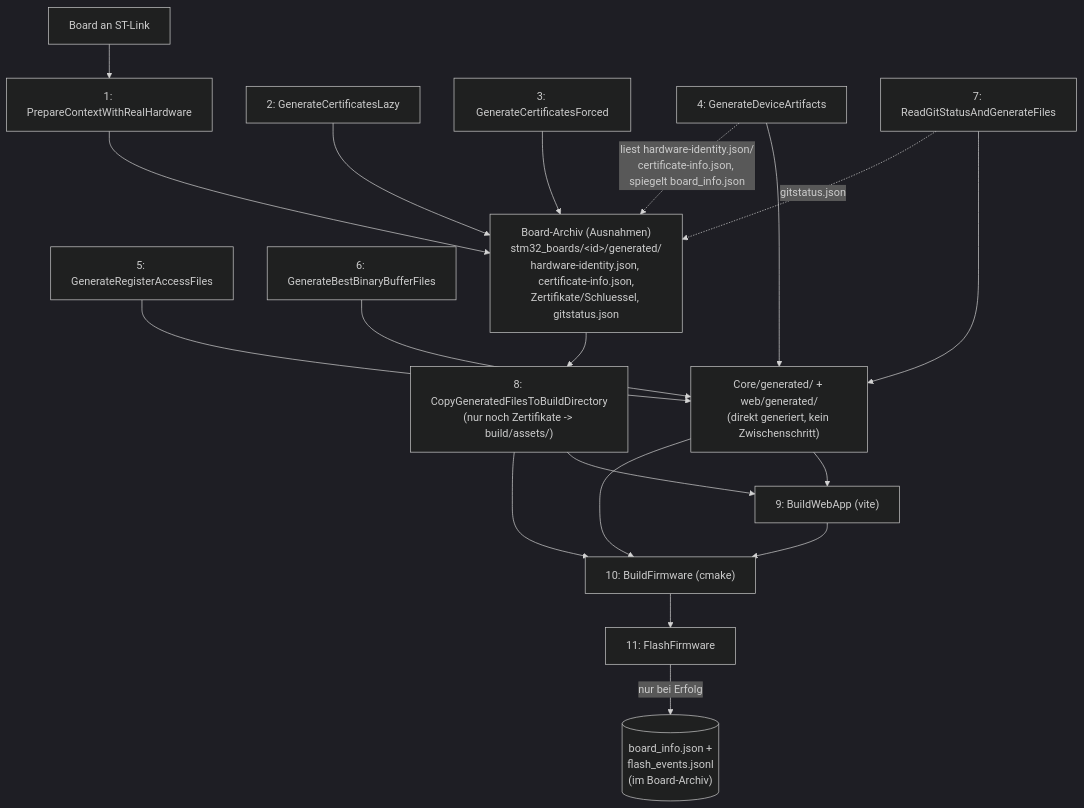
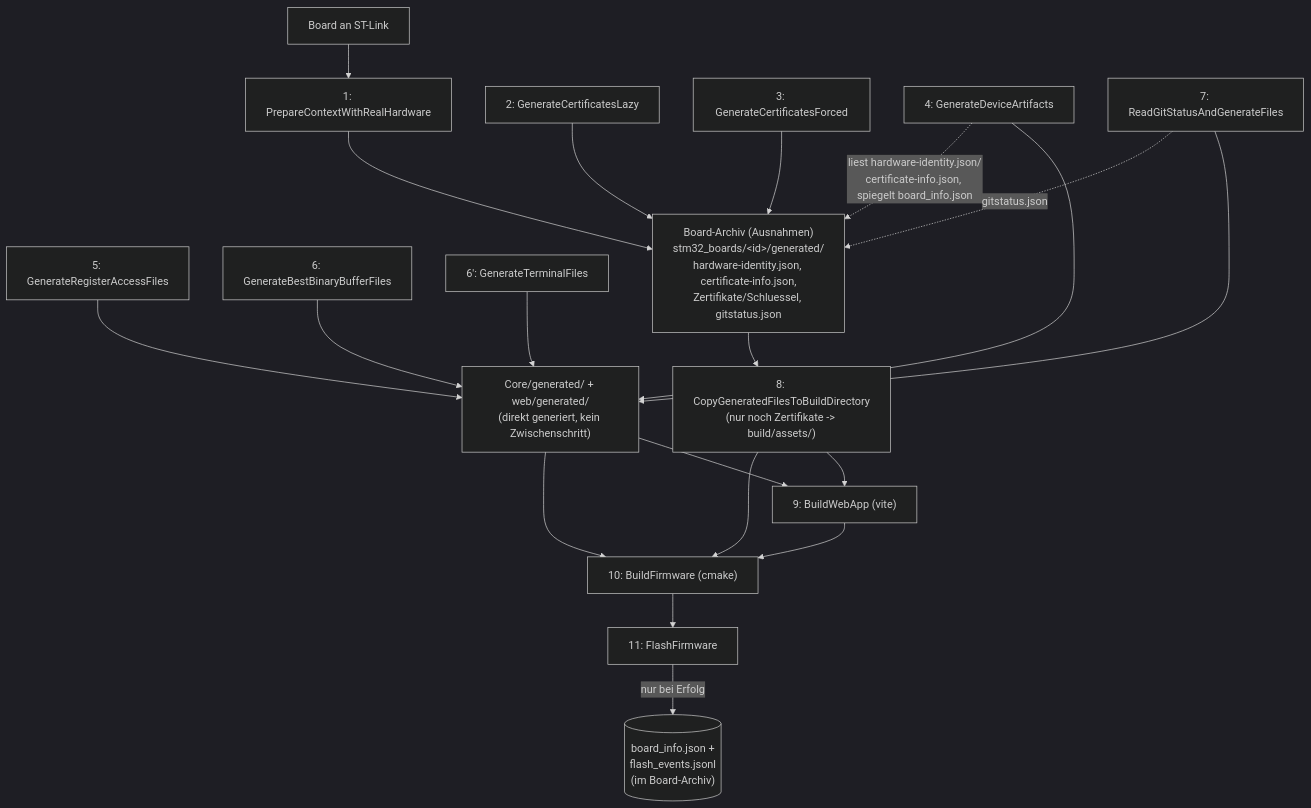
One commit to klaus-liebler/factory_in_a_box changed the diagram in firmware_factory_control_unit/docs/build-process.md. Above: the diagram before and after it, drawn with Mermaid (dark theme). The commit also changed other lines of this file and 23 other files, not shown here.

````diff
--- a/firmware_factory_control_unit/docs/build-process.md
+++ b/firmware_factory_control_unit/docs/build-process.md
@@ -124,37 +126,39 @@
 ```mermaid
 flowchart TD
     HW["Board an ST-Link"]
     HWID["1: PrepareContextWithRealHardware"]
     CERTL["2: GenerateCertificatesLazy"]
     CERTF["3: GenerateCertificatesForced"]
     ART["4: GenerateDeviceArtifacts"]
     RM["5: GenerateRegisterAccessFiles"]
     WSP["6: GenerateBestBinaryBufferFiles"]
+    TERM["6': GenerateTerminalFiles"]
     GS["7: ReadGitStatusAndGenerateFiles"]
     ARCHIVE["Board-Archiv (Ausnahmen)\nstm32_boards/&lt;id&gt;/generated/\nhardware-identity.json, certificate-info.json,\nZertifikate/Schluessel, gitstatus.json"]
     PROJECT["Core/generated/ + web/generated/\n(direkt generiert, kein Zwischenschritt)"]
     COPY["8: CopyGeneratedFilesToBuildDirectory\n(nur noch Zertifikate -> build/assets/)"]
     WEB["9: BuildWebApp (vite)"]
     FW["10: BuildFirmware (cmake)"]
     FLASH["11: FlashFirmware"]
     BOARDJSON[("board_info.json +\nflash_events.jsonl\n(im Board-Archiv)")]
 
     HW --> HWID
     HWID --> ARCHIVE
     CERTL --> ARCHIVE
     CERTF --> ARCHIVE
     ART --> PROJECT
     ART -.->|"liest hardware-identity.json/\ncertificate-info.json, spiegelt board_info.json"| ARCHIVE
     RM --> PROJECT
     WSP --> PROJECT
+    TERM --> PROJECT
     GS --> PROJECT
     GS -.->|"gitstatus.json"| ARCHIVE
     ARCHIVE --> COPY
     PROJECT --> WEB
     COPY --> WEB
     PROJECT --> FW
     COPY --> FW
     WEB --> FW
     FW --> FLASH
     FLASH -->|"nur bei Erfolg"| BOARDJSON
 ```
````
